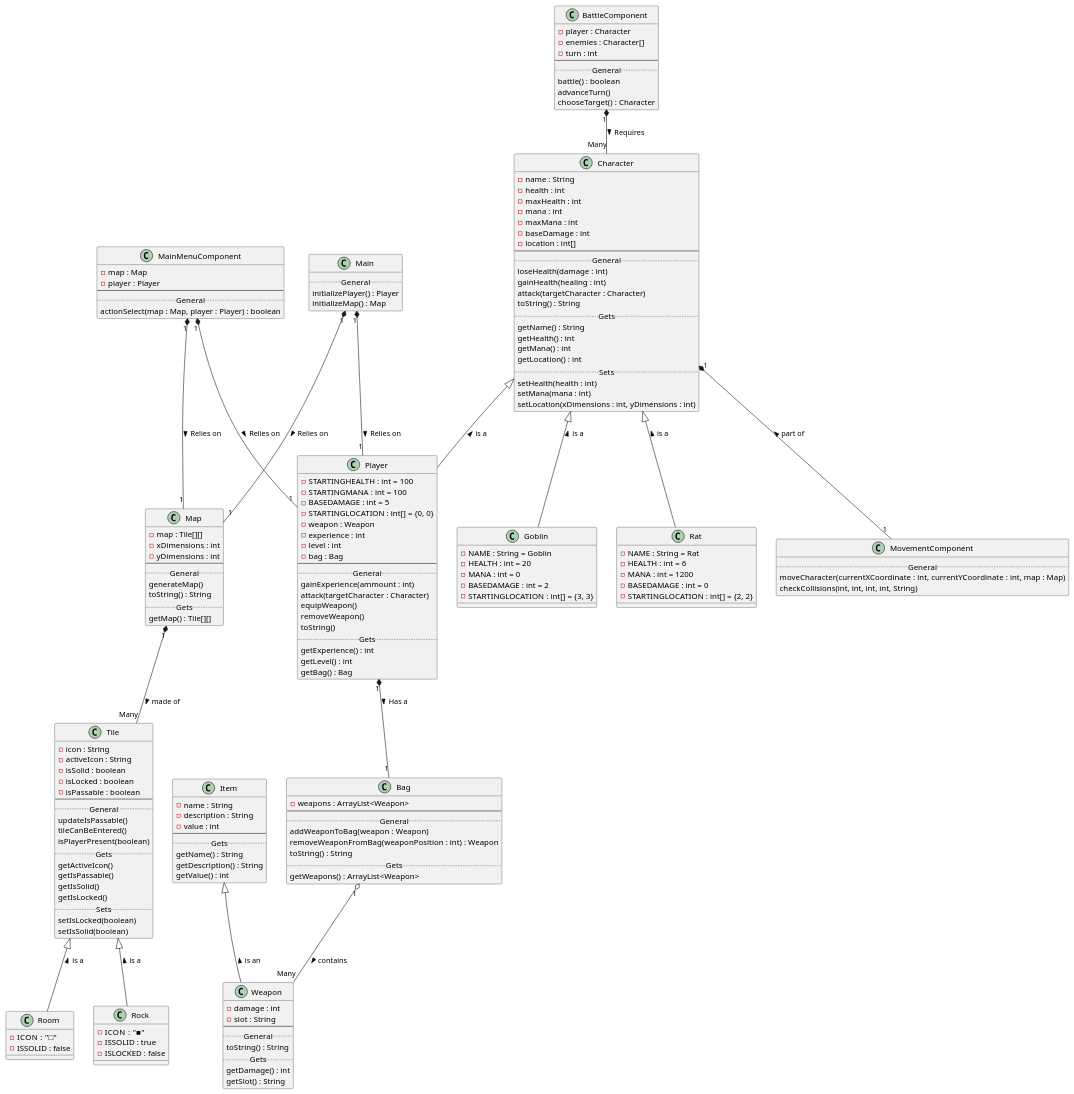
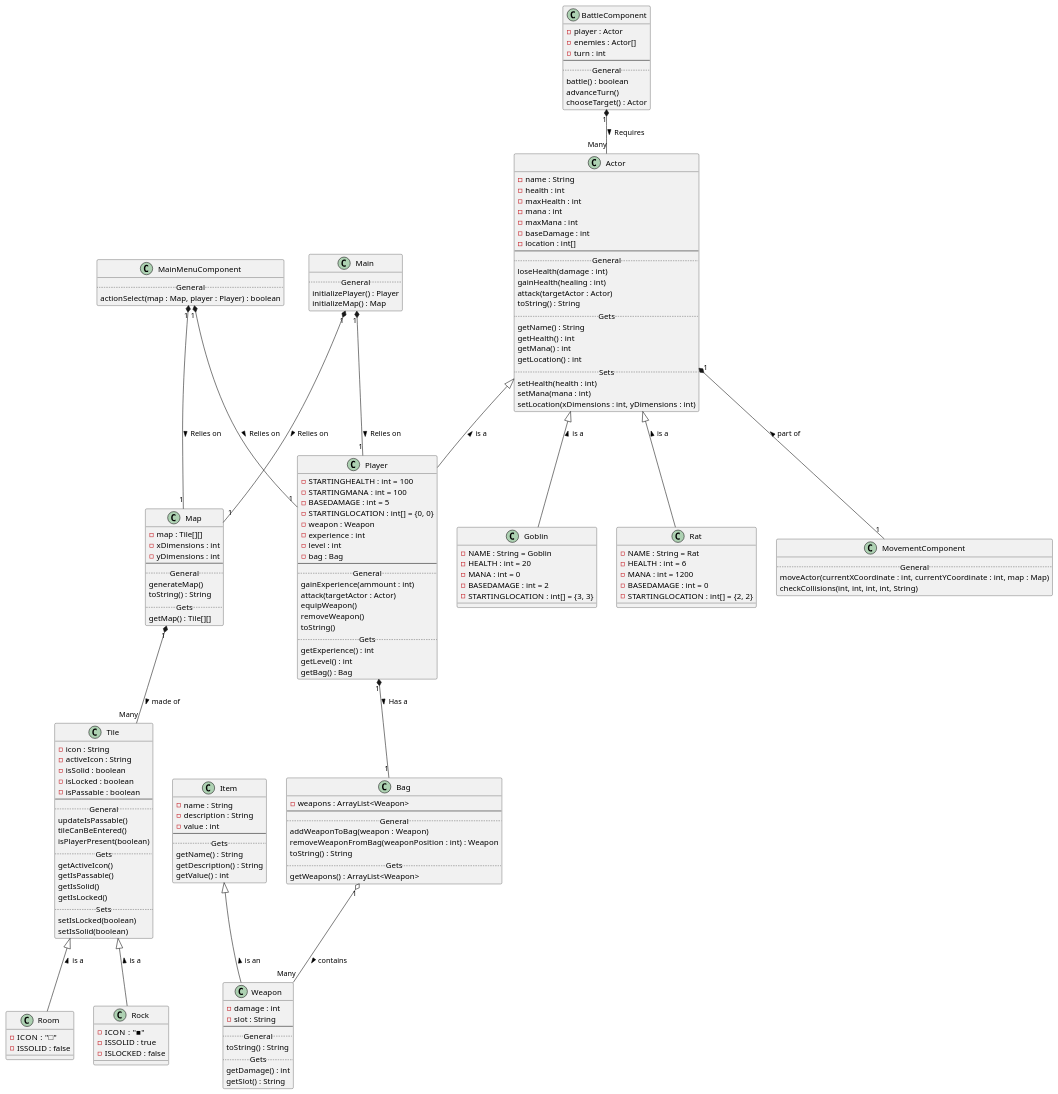
One commit to CromulentEntity/Dungeon_Crawler_Deux changed the diagram in Documentation/UML Class Diagram.md. Above: the diagram before and after it, drawn with PlantUML. The commit also changed 9 other files, not shown here.

```diff
--- a/Documentation/UML Class Diagram.md
+++ b/Documentation/UML Class Diagram.md
@@ -1,5 +1,5 @@
 @startuml
-class Character {
+class Actor {
     - name : String
     - health : int
     - maxHealth : int
@@ -11,7 +11,7 @@
     .. General ..
     loseHealth(damage : int)
     gainHealth(healing : int)
-    attack(targetCharacter : Character)
+    attack(targetActor : Actor)
     toString() : String
     .. Gets ..
     getName() : String
@@ -36,7 +36,7 @@
     --
     .. General ..
     gainExperience(ammount : int)
-    attack(targetCharacter : Character)
+    attack(targetActor : Actor)
     equipWeapon()
     removeWeapon()
     toString()
@@ -66,25 +66,22 @@
 
 class MovementComponent {
     .. General ..
-    moveCharacter(currentXCoordinate : int, currentYCoordinate : int, map : Map)
+    moveActor(currentXCoordinate : int, currentYCoordinate : int, map : Map)
     checkCollisions(int, int, int, int, String)
 }
 
 class BattleComponent {
-    - player : Character
-    - enemies : Character[]
+    - player : Actor
+    - enemies : Actor[]
     - turn : int
     --
     .. General ..
     battle() : boolean
     advanceTurn()
-    chooseTarget() : Character
+    chooseTarget() : Actor
 }
 
 class MainMenuComponent {
-    - map : Map
-    - player : Player
-    --
     .. General ..
     actionSelect(map : Map, player : Player) : boolean
 }
@@ -181,10 +178,10 @@
 Tile <|-- Rock : < is a
 Tile <|-- Room : < is a
 
-Character <|-- Player : < is a
-Character <|-- Rat : < is a
-Character <|-- Goblin : < is a
-Character "1" *-- "1" MovementComponent : < part of
+Actor <|-- Player : < is a
+Actor <|-- Rat : < is a
+Actor <|-- Goblin : < is a
+Actor "1" *-- "1" MovementComponent : < part of
 
 Item <|-- Weapon : < is an
 
@@ -195,7 +192,7 @@
 MainMenuComponent "1" *-- "1" Player : Relies on >
 MainMenuComponent "1" *-- "1" Map : Relies on >
 
-BattleComponent "1" *-- "Many" Character : Requires >
+BattleComponent "1" *-- "Many" Actor : Requires >
 
 Main "1" *-- "1" Player : Relies on >
 Main "1" *-- "1" Map : Relies on >
```
